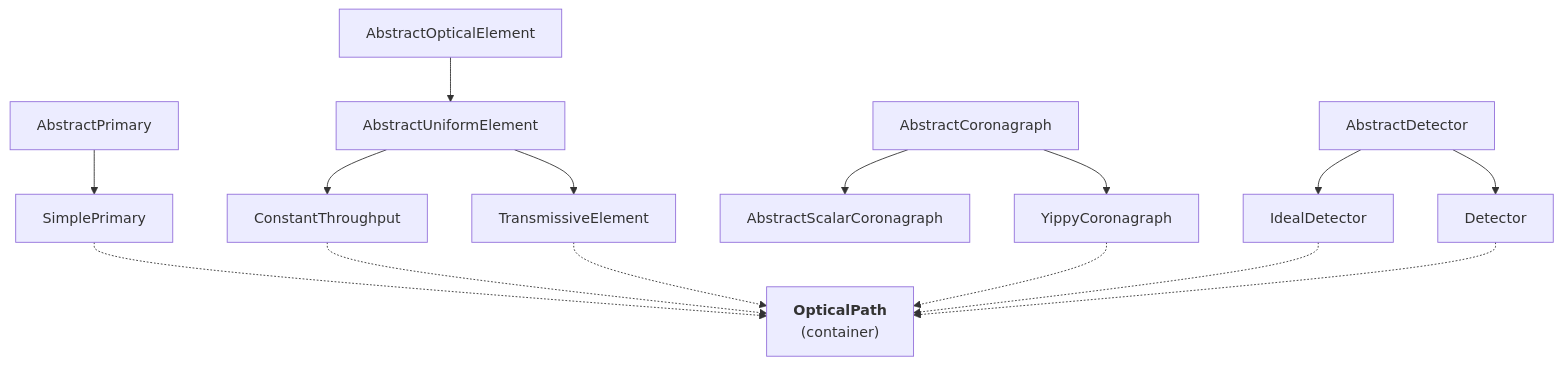
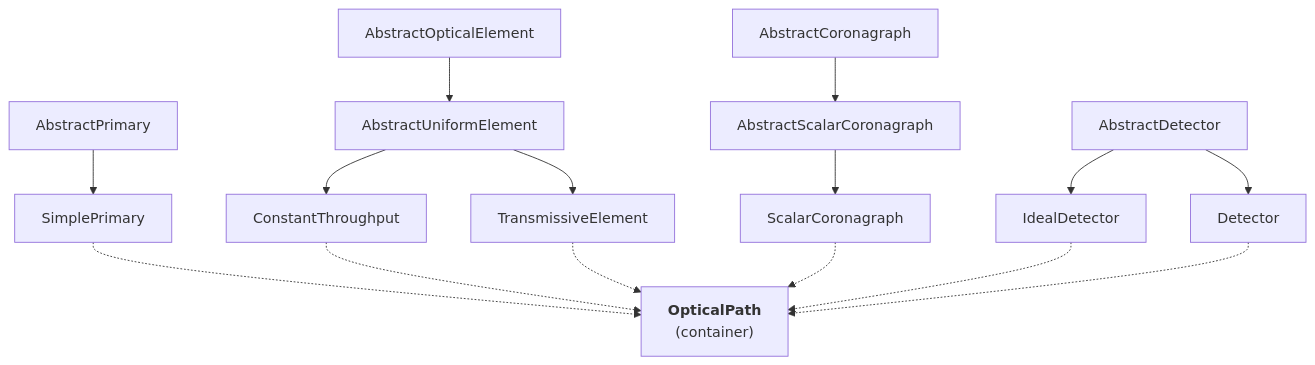
One commit to CoreySpohn/optixstuff changed the diagram in docs/explanation/architecture.md. Above: the diagram before and after it, drawn with Mermaid. The commit also changed other lines of this file and 20 other files, not shown here.

````diff
--- a/docs/explanation/architecture.md
+++ b/docs/explanation/architecture.md
@@ -32,32 +32,32 @@
 ```mermaid
 flowchart TB
     AOE[AbstractOpticalElement]
     AUE[AbstractUniformElement]
     CT[ConstantThroughput]
     ST[TransmissiveElement]
     AP[AbstractPrimary]
     SP[SimplePrimary]
     AC[AbstractCoronagraph]
     ASC[AbstractScalarCoronagraph]
-    YC[YippyCoronagraph]
+    SC[ScalarCoronagraph]
     AD[AbstractDetector]
     ID[IdealDetector]
     D[Detector]
     OP["<b>OpticalPath</b><br/>(container)"]
 
     AOE --> AUE
     AUE --> CT
     AUE --> ST
     AP --> SP
     AC --> ASC
-    AC --> YC
+    ASC --> SC
     AD --> ID
     AD --> D
 
     SP -.-> OP
     CT -.-> OP
     ST -.-> OP
-    YC -.-> OP
+    SC -.-> OP
     ID -.-> OP
     D -.-> OP
 ```
````
